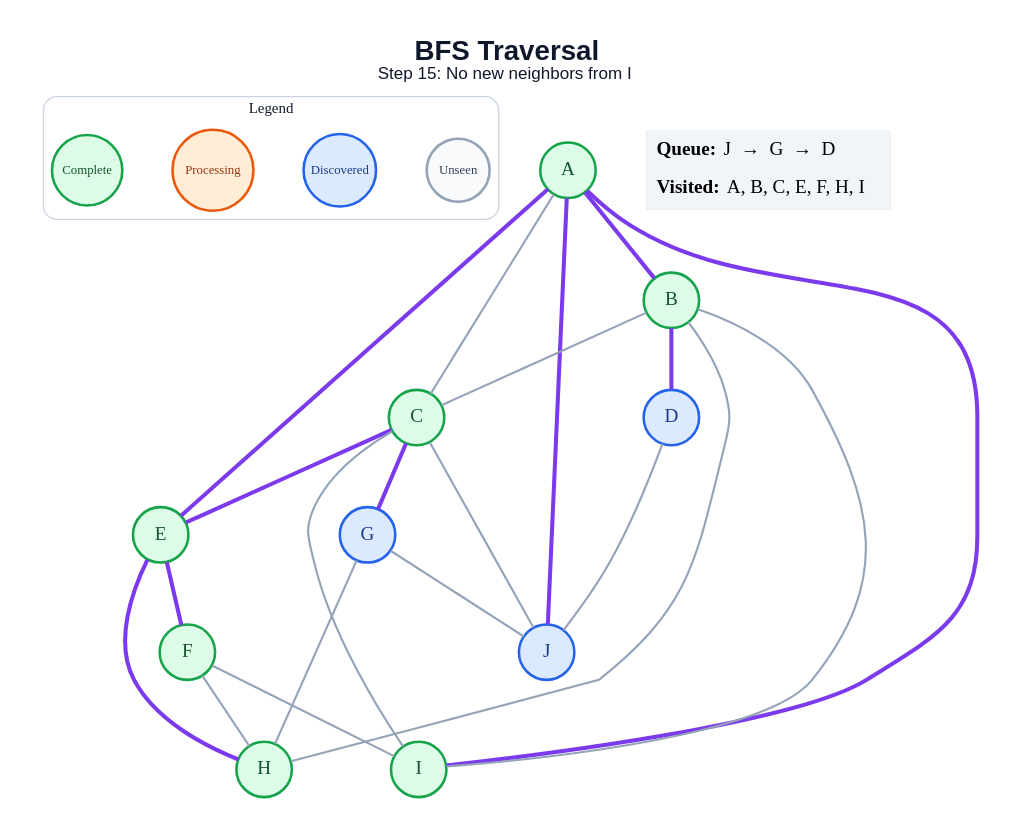
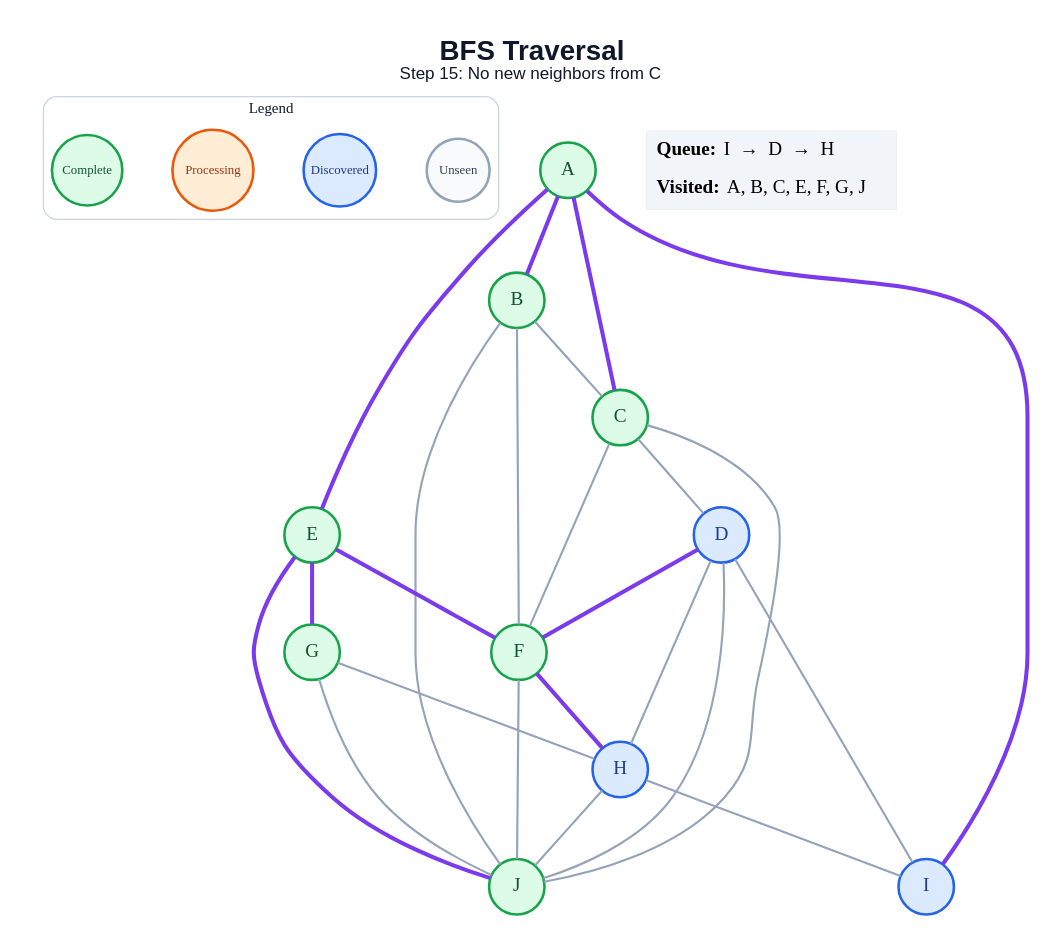
Before and after one commit to anon7238593-create/ai-slop: the diagram in generated/specific-node/bfs/step_15.dot, drawn with Graphviz. The commit also changed 178 other files, not shown here.

```diff
--- a/generated/specific-node/bfs/step_15.dot
+++ b/generated/specific-node/bfs/step_15.dot
@@ -1,49 +1,52 @@
 graph traversal {
   graph [layout=dot, rankdir=TB, bgcolor="#FFFFFF", pad="0.35", nodesep="0.65", ranksep="0.8", fontname="Arial"];
   node [shape=circle, style="filled", fontname="Arial Bold", fontsize=18, width=0.72, fixedsize=true, penwidth=2.4];
   edge [color="#94A3B8", penwidth=2.0];
-  label=<<B>BFS Traversal</B><BR/><FONT POINT-SIZE="16">Step 15: No new neighbors from I</FONT>>; labelloc="t"; fontsize=26; fontname="Arial"; fontcolor="#0F172A";
+  label=<<B>BFS Traversal</B><BR/><FONT POINT-SIZE="16">Step 15: No new neighbors from C</FONT>>; labelloc="t"; fontsize=26; fontname="Arial"; fontcolor="#0F172A";
   subgraph cluster_legend { label="Legend"; color="#CBD5E1"; penwidth=1.2; style="rounded"; fontsize=14; fontname="Arial Bold";
     key_unseen [label="Unseen", fillcolor="#F8FAFC", color="#94A3B8", fontcolor="#334155", fontsize=12, width=0.82];
     key_frontier [label="Discovered", fillcolor="#DBEAFE", color="#2563EB", fontcolor="#1E3A8A", fontsize=12, width=0.95];
     key_current [label="Processing", fillcolor="#FFEDD5", color="#EA580C", fontcolor="#9A3412", fontsize=12, width=1.05];
     key_done [label="Complete", fillcolor="#DCFCE7", color="#16A34A", fontcolor="#14532D", fontsize=12, width=0.92];
     { rank=same; key_unseen; key_frontier; key_current; key_done; }
   }
   A [fillcolor="#DCFCE7", color="#16A34A", fontcolor="#14532D"];
   B [fillcolor="#DCFCE7", color="#16A34A", fontcolor="#14532D"];
   C [fillcolor="#DCFCE7", color="#16A34A", fontcolor="#14532D"];
   D [fillcolor="#DBEAFE", color="#2563EB", fontcolor="#1E3A8A"];
   E [fillcolor="#DCFCE7", color="#16A34A", fontcolor="#14532D"];
   F [fillcolor="#DCFCE7", color="#16A34A", fontcolor="#14532D"];
-  G [fillcolor="#DBEAFE", color="#2563EB", fontcolor="#1E3A8A"];
-  H [fillcolor="#DCFCE7", color="#16A34A", fontcolor="#14532D"];
-  I [fillcolor="#DCFCE7", color="#16A34A", fontcolor="#14532D"];
-  J [fillcolor="#DBEAFE", color="#2563EB", fontcolor="#1E3A8A"];
+  G [fillcolor="#DCFCE7", color="#16A34A", fontcolor="#14532D"];
+  H [fillcolor="#DBEAFE", color="#2563EB", fontcolor="#1E3A8A"];
+  I [fillcolor="#DBEAFE", color="#2563EB", fontcolor="#1E3A8A"];
+  J [fillcolor="#DCFCE7", color="#16A34A", fontcolor="#14532D"];
   A -- B [color="#7C3AED", penwidth=3.8];
-  A -- C;
+  A -- C [color="#7C3AED", penwidth=3.8];
   A -- E [color="#7C3AED", penwidth=3.8];
   A -- I [color="#7C3AED", penwidth=3.8];
-  A -- J [color="#7C3AED", penwidth=3.8];
   B -- C;
-  B -- D [color="#7C3AED", penwidth=3.8];
-  B -- H;
-  B -- I;
-  C -- E [color="#7C3AED", penwidth=3.8];
-  C -- G [color="#7C3AED", penwidth=3.8];
-  C -- I;
+  B -- F;
+  B -- J;
+  C -- D;
+  C -- F;
   C -- J;
+  D -- F [color="#7C3AED", penwidth=3.8];
+  D -- H;
+  D -- I;
   D -- J;
   E -- F [color="#7C3AED", penwidth=3.8];
-  E -- H [color="#7C3AED", penwidth=3.8];
-  F -- H;
-  F -- I;
+  E -- G [color="#7C3AED", penwidth=3.8];
+  E -- J [color="#7C3AED", penwidth=3.8];
+  F -- H [color="#7C3AED", penwidth=3.8];
+  F -- J;
   G -- H;
   G -- J;
+  H -- I;
+  H -- J;
   status [shape=plain, fixedsize=false, width=0, height=0, margin=0, label=<
     <TABLE BORDER="0" CELLBORDER="0" CELLPADDING="7" BGCOLOR="#F1F5F9">
-      <TR><TD ALIGN="LEFT"><B>Queue:</B> J  →  G  →  D</TD></TR>
-      <TR><TD ALIGN="LEFT"><B>Visited:</B> A, B, C, E, F, H, I</TD></TR>
+      <TR><TD ALIGN="LEFT"><B>Queue:</B> I  →  D  →  H</TD></TR>
+      <TR><TD ALIGN="LEFT"><B>Visited:</B> A, B, C, E, F, G, J</TD></TR>
     </TABLE>
   >];
 }
```
